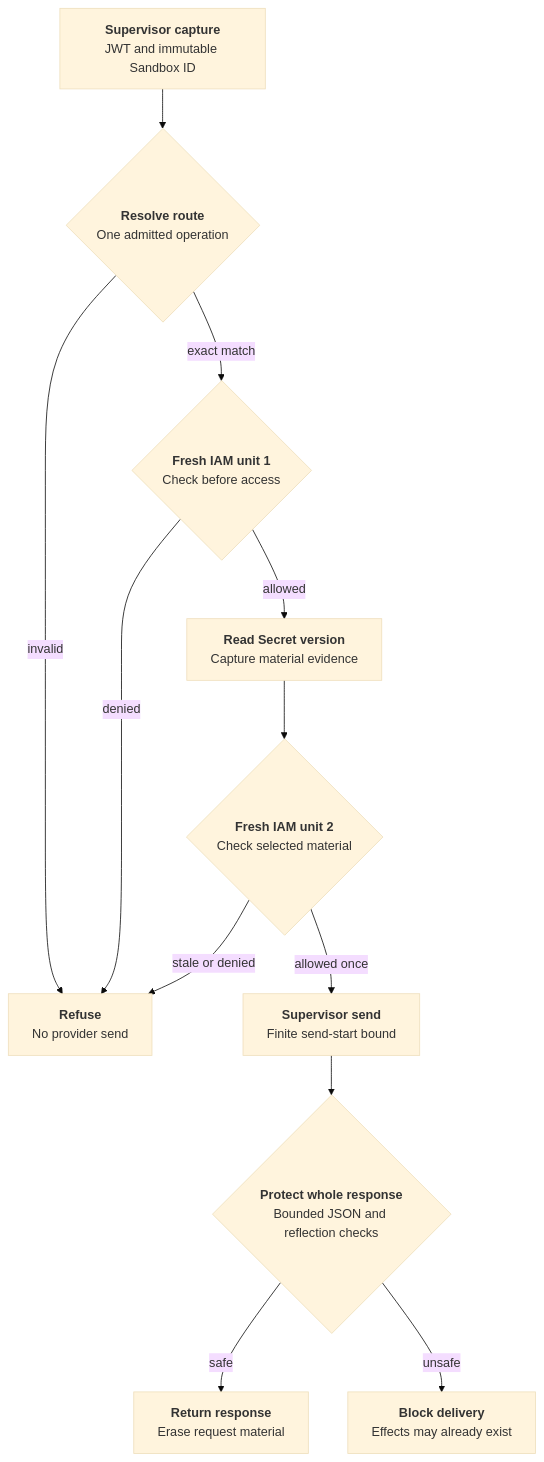
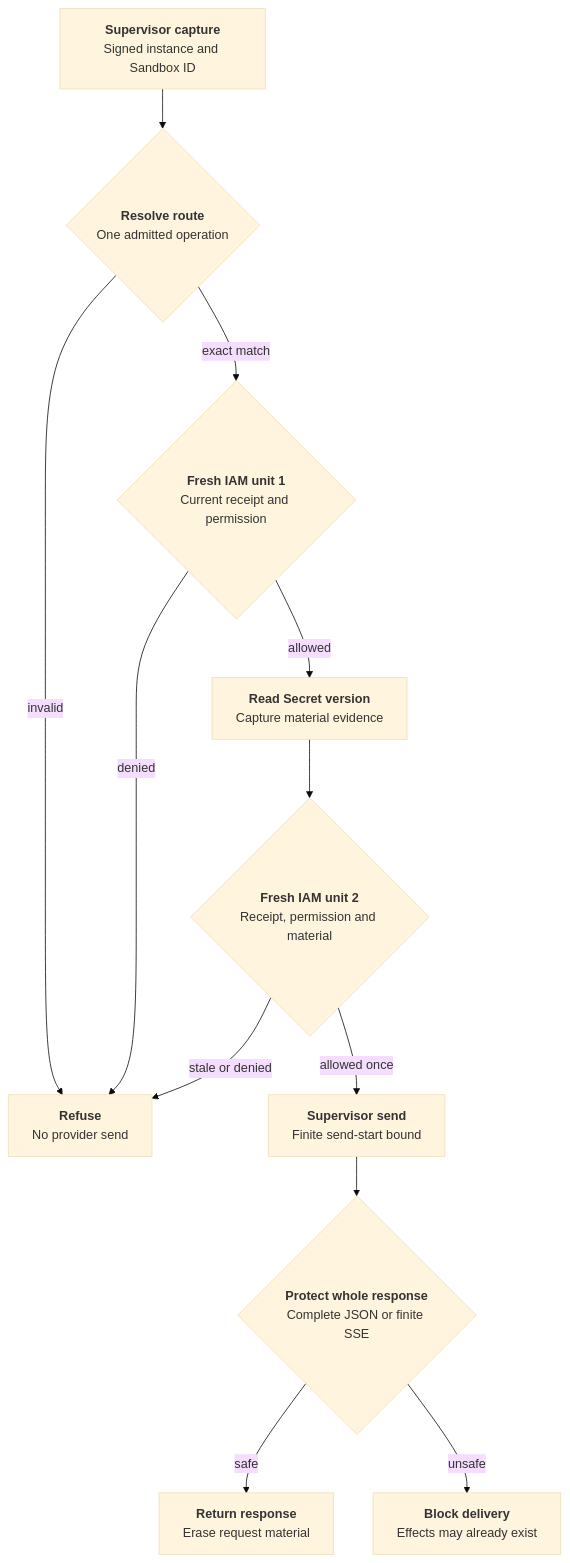
Before and after one commit to anmol0b/openclaw-enterprise: the diagram in docs/flows/credential-source-egress.md, drawn with Mermaid (base theme). The commit also changed other lines of this file and 25 other files, not shown here.

Commit message:
Bind protected inference to current enforcement and bounded Responses operations

````diff
--- a/docs/flows/credential-source-egress.md
+++ b/docs/flows/credential-source-egress.md
@@ -32,14 +32,14 @@
 ```mermaid
 graph TD
-  A["<b>Supervisor capture</b><br/>JWT and immutable Sandbox ID"] --> B{"<b>Resolve route</b><br/>One admitted operation"}
+  A["<b>Supervisor capture</b><br/>Signed instance and Sandbox ID"] --> B{"<b>Resolve route</b><br/>One admitted operation"}
   B -- "invalid" --> X["<b>Refuse</b><br/>No provider send"]
-  B -- "exact match" --> C{"<b>Fresh IAM unit 1</b><br/>Check before access"}
+  B -- "exact match" --> C{"<b>Fresh IAM unit 1</b><br/>Current receipt and permission"}
   C -- "denied" --> X
   C -- "allowed" --> D["<b>Read Secret version</b><br/>Capture material evidence"]
-  D --> E{"<b>Fresh IAM unit 2</b><br/>Check selected material"}
+  D --> E{"<b>Fresh IAM unit 2</b><br/>Receipt, permission and material"}
   E -- "stale or denied" --> X
   E -- "allowed once" --> F["<b>Supervisor send</b><br/>Finite send-start bound"]
-  F --> G{"<b>Protect whole response</b><br/>Bounded JSON and reflection checks"}
+  F --> G{"<b>Protect whole response</b><br/>Complete JSON or finite SSE"}
   G -- "safe" --> H["<b>Return response</b><br/>Erase request material"]
   G -- "unsafe" --> I["<b>Block delivery</b><br/>Effects may already exist"]
 ```
````
